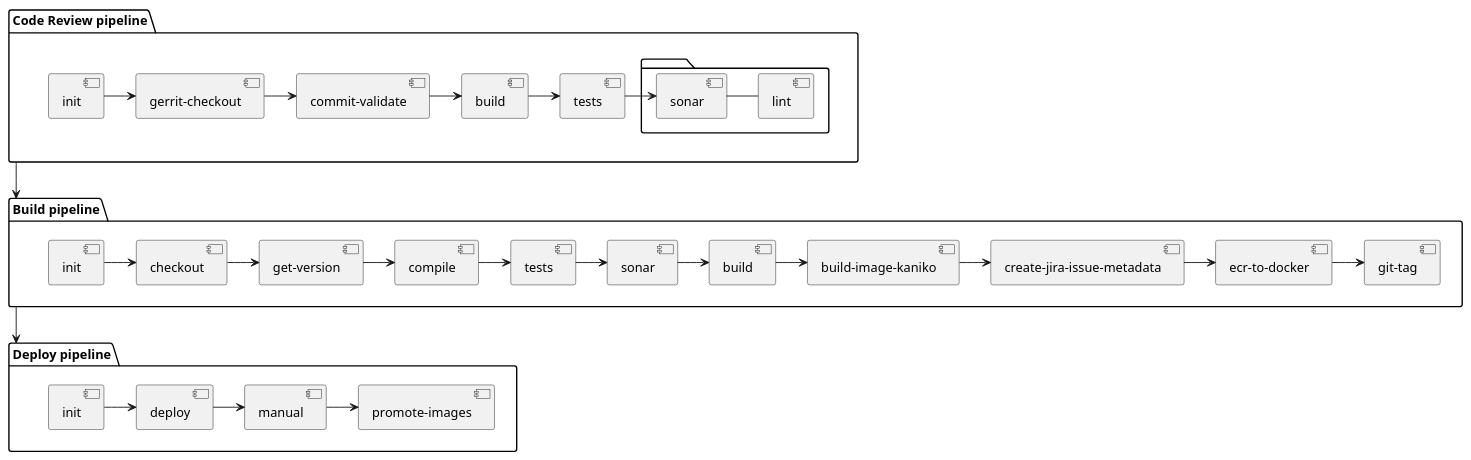
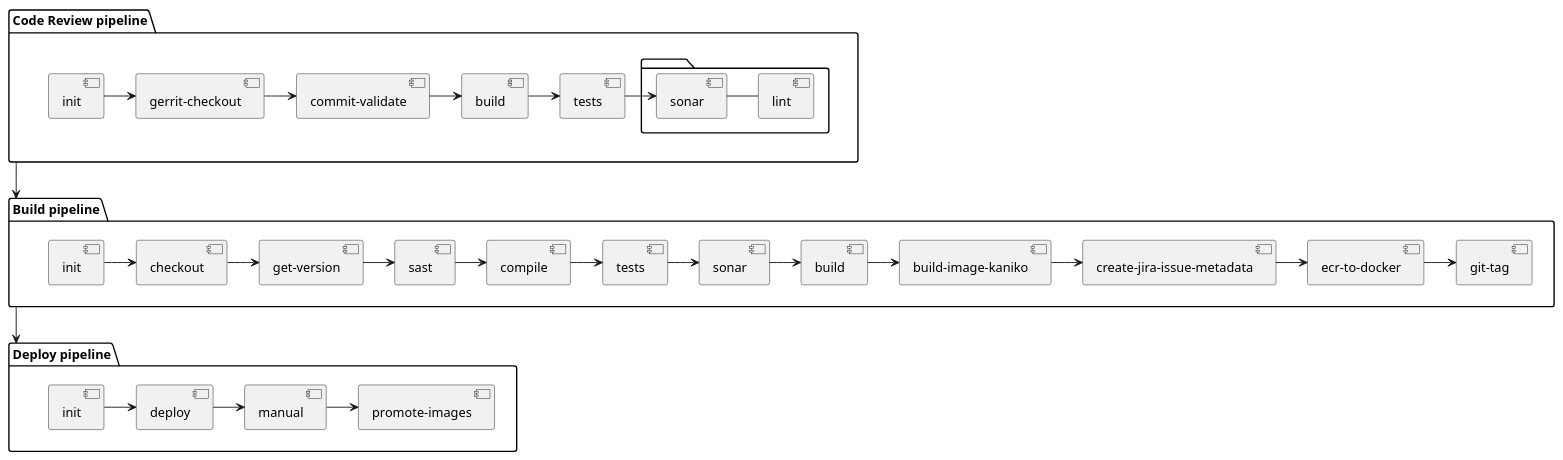
One commit to epam/edp-install changed the diagram in docs/user-guide/stages.puml. Above: the diagram before and after it, drawn with PlantUML. The commit also changed 6 other files, not shown here.

```diff
--- a/docs/user-guide/stages.puml
+++ b/docs/user-guide/stages.puml
@@ -1,56 +1,57 @@
 @startuml
 package "Code Review pipeline" as 1 {
 [init] as i
 [gerrit-checkout]
 [commit-validate]
 [build] as b
 [tests] as t
 package {
 [sonar] as s
 [lint]
 }
 
 i->[gerrit-checkout]
 [gerrit-checkout]->[commit-validate]
 [commit-validate]->b
 b->t
 t->s
 s-[lint]
 }
 
 
 package "Build pipeline" as 2 {
 [init] as i1
 [checkout]
 [get-version]
 [compile]
 [tests] as t1
 [sonar] as s1
 [build] as b1
 [build-image-kaniko]
 [create-jira-issue-metadata]
 [ecr-to-docker]
 [git-tag]
 
 i1->[checkout]
 [checkout]->[get-version]
-[get-version]->[compile]
+[get-version]->[sast]
+[sast]->[compile]
 [compile]->t1
 t1->s1
 s1->b1
 b1->[build-image-kaniko]
 [build-image-kaniko]->[create-jira-issue-metadata]
 [create-jira-issue-metadata]->[ecr-to-docker]
 [ecr-to-docker]->[git-tag]
 }
 
 package "Deploy pipeline" as 3 {
 [init] as i2
 i2->[deploy]
 [deploy]->[manual]
 [manual]->[promote-images]
 }
 
 1 -down->2
 2 -down->3
 @enduml
```
